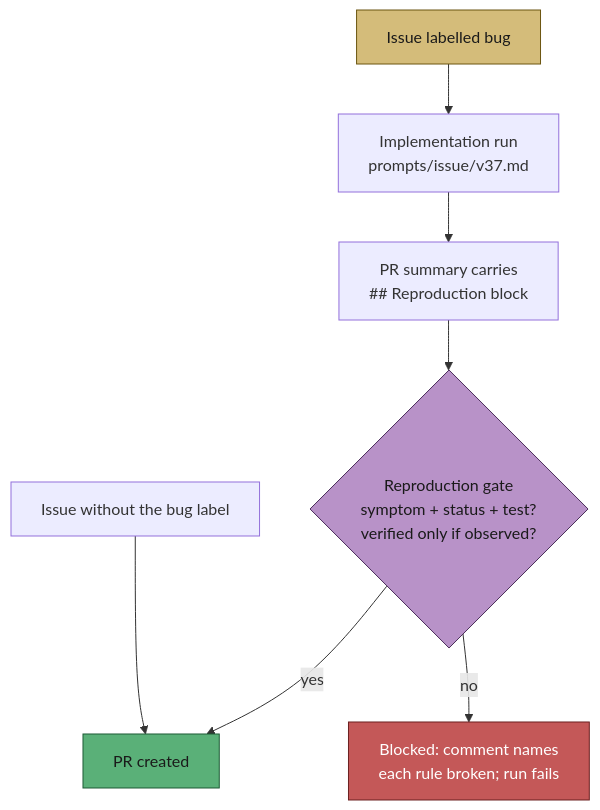
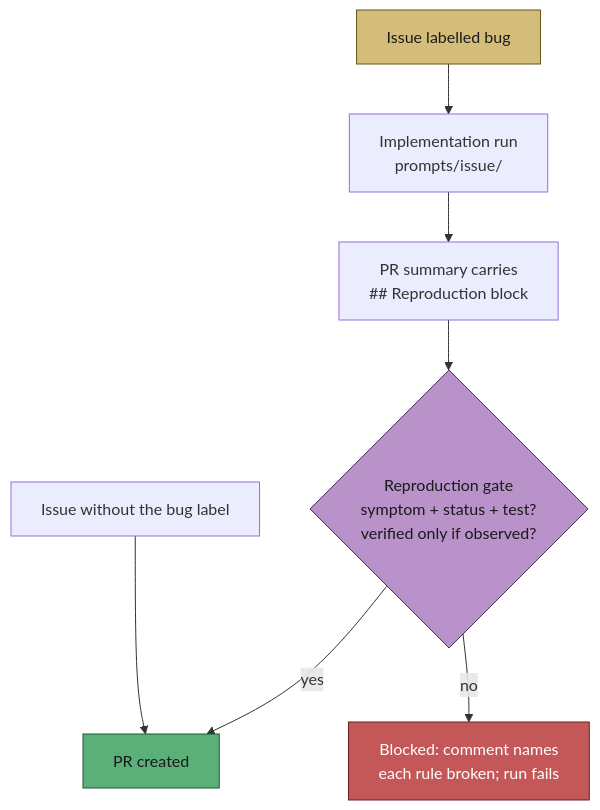
One commit to stSoftwareAU/VibeCoder changed diagram 12 of 13 in docs/workflows/issue-processing.md. Above: the diagram before and after it, drawn with Mermaid. The commit also changed other lines of this file and 8 other files, not shown here.

````diff
--- a/docs/workflows/issue-processing.md
+++ b/docs/workflows/issue-processing.md
@@ -727,13 +739,13 @@
 ```mermaid
 flowchart TD
-    B["Issue labelled bug"] --> I["Implementation run<br/>prompts/issue/v37.md"]
+    B["Issue labelled bug"] --> I["Implementation run<br/>prompts/issue/"]
     I --> S["PR summary carries<br/>## Reproduction block"]
     S --> G{"Reproduction gate<br/>symptom + status + test?<br/>verified only if observed?"}
     G -->|yes| PR["PR created"]
     G -->|"no"| X["Blocked: comment names<br/>each rule broken; run fails"]
     N["Issue without the bug label"] --> PR
     style B fill:#d4bc7a,stroke:#6b5510,color:#1a1a1a
     style G fill:#b892c8,stroke:#4a2d5a,color:#1a1a1a
     style PR fill:#5ab078,stroke:#1d5a35,color:#1a1a1a
     style X fill:#c45858,stroke:#6b2020,color:#fff
 ```
````
